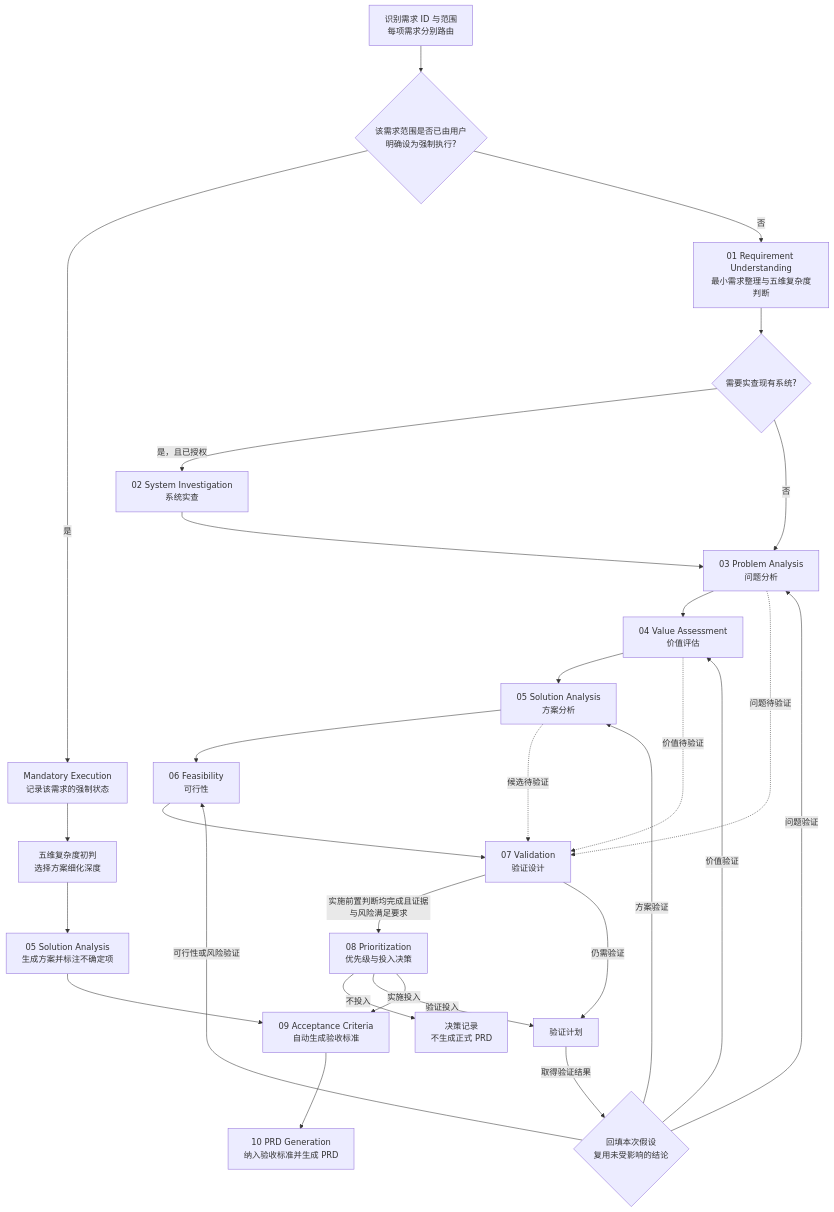
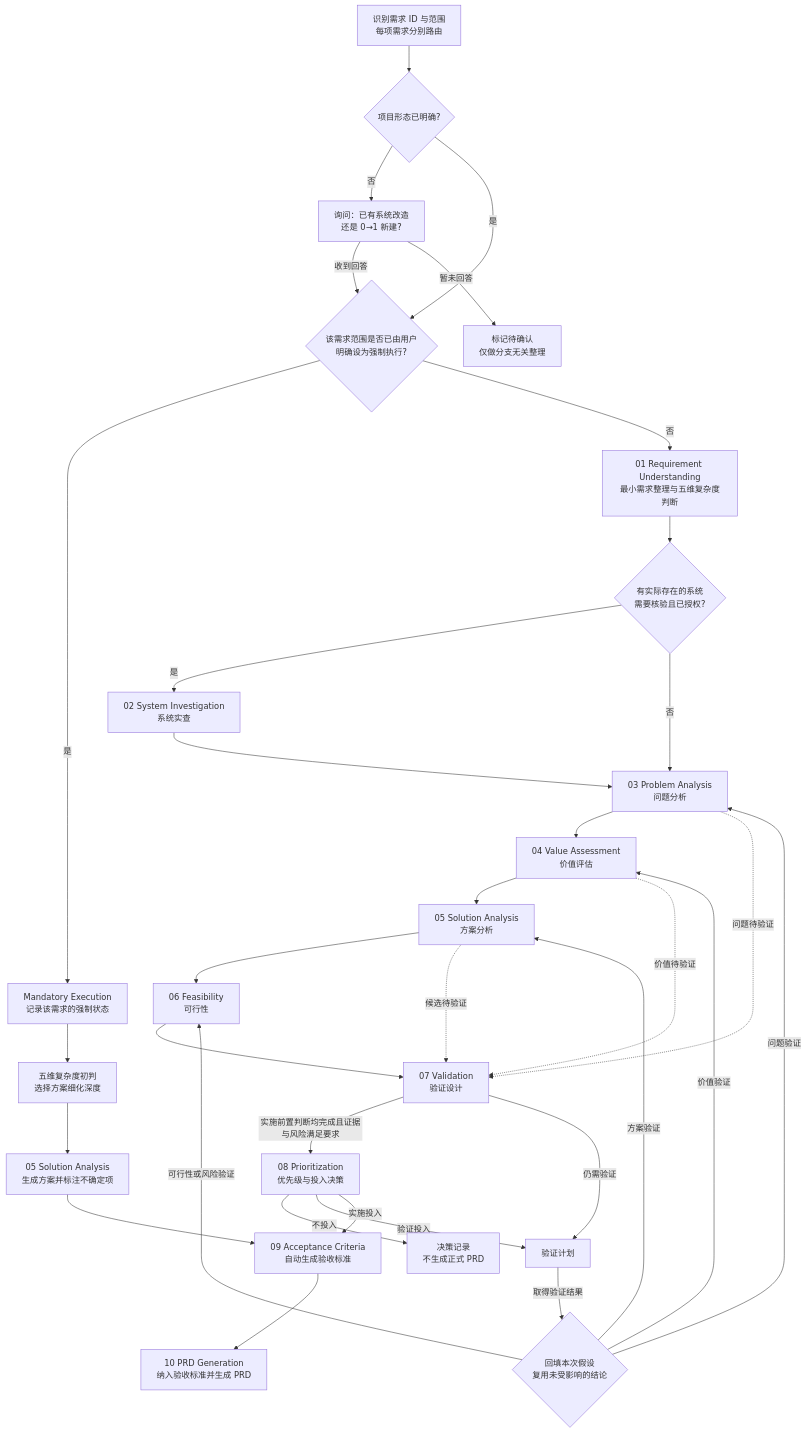
The diagram in README.md (sakura1412/read-her-heart), drawn with Mermaid before and after one commit. The commit also changed other lines of this file and 8 other files, not shown here.

````diff
--- a/README.md
+++ b/README.md
@@ -57,31 +58,35 @@
 ```mermaid
 flowchart TD
-    S[识别需求 ID 与范围<br/>每项需求分别路由] --> M{该需求范围是否已由用户<br/>明确设为强制执行?}
+    S[识别需求 ID 与范围<br/>每项需求分别路由] --> P{项目形态已明确?}
+    P -->|否| W[询问：已有系统改造<br/>还是 0→1 新建?]
+    W -->|收到回答| M
+    W -->|暂未回答| U[标记待确认<br/>仅做分支无关整理]
+    P -->|是| M{该需求范围是否已由用户<br/>明确设为强制执行?}
     M -->|是| X[Mandatory Execution<br/>记录该需求的强制状态]
     X --> Q[五维复杂度初判<br/>选择方案细化深度]
     Q --> Y[05 Solution Analysis<br/>生成方案并标注不确定项]
     Y --> N[09 Acceptance Criteria<br/>自动生成验收标准]
     N --> L[10 PRD Generation<br/>纳入验收标准并生成 PRD]
     M -->|否| A[01 Requirement Understanding<br/>最小需求整理与五维复杂度判断]
-    A --> B{需要实查现有系统?}
-    B -->|是，且已授权| C[02 System Investigation<br/>系统实查]
+    A --> B{有实际存在的系统<br/>需要核验且已授权?}
+    B -->|是| C[02 System Investigation<br/>系统实查]
     B -->|否| D[03 Problem Analysis<br/>问题分析]
     C --> D
     D --> E[04 Value Assessment<br/>价值评估]
     E --> F[05 Solution Analysis<br/>方案分析]
     F --> G[06 Feasibility<br/>可行性]
     G --> H[07 Validation<br/>验证设计]
     D -.->|问题待验证| H
     E -.->|价值待验证| H
     F -.->|候选待验证| H
     H -->|实施前置判断均完成且证据与风险满足要求| I[08 Prioritization<br/>优先级与投入决策]
     H -->|仍需验证| K[验证计划]
     I -->|不投入| J[决策记录<br/>不生成正式 PRD]
     I -->|验证投入| K
     K -->|取得验证结果| R{回填本次假设<br/>复用未受影响的结论}
     R -->|问题验证| D
     R -->|价值验证| E
     R -->|方案验证| F
     R -->|可行性或风险验证| G
     I -->|实施投入| N
 ```
````
